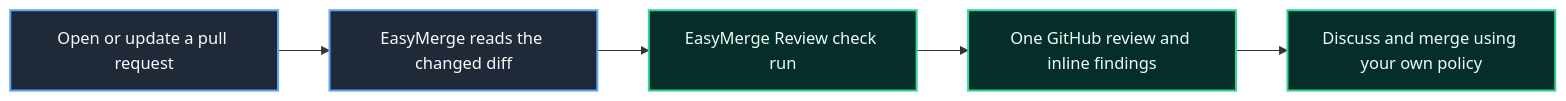
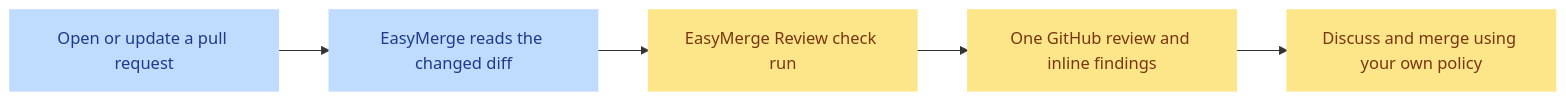
Before and after one commit to codefilter-dev/easymerge: the diagram in README.md, drawn with Mermaid. The commit also changed other lines of this file and 3 other files, not shown here.

````diff
--- a/README.md
+++ b/README.md
@@ -34,12 +33,12 @@
 ```mermaid
 flowchart LR
     A[Open or update a pull request] --> B[EasyMerge reads the changed diff]
     B --> C[EasyMerge Review check run]
     C --> D[One GitHub review and inline findings]
     D --> E[Discuss and merge using your own policy]
 
-    classDef action fill:#1f2937,stroke:#60a5fa,color:#f9fafb,stroke-width:2px;
-    classDef result fill:#052e2b,stroke:#34d399,color:#ecfdf5,stroke-width:2px;
+    classDef action fill:#BFDBFE,stroke:#BFDBFE,color:#1E3A8A,stroke-width:2px;
+    classDef result fill:#FDE68A,stroke:#FDE68A,color:#78350F,stroke-width:2px;
     class A,B action;
     class C,D,E result;
 ```
````
